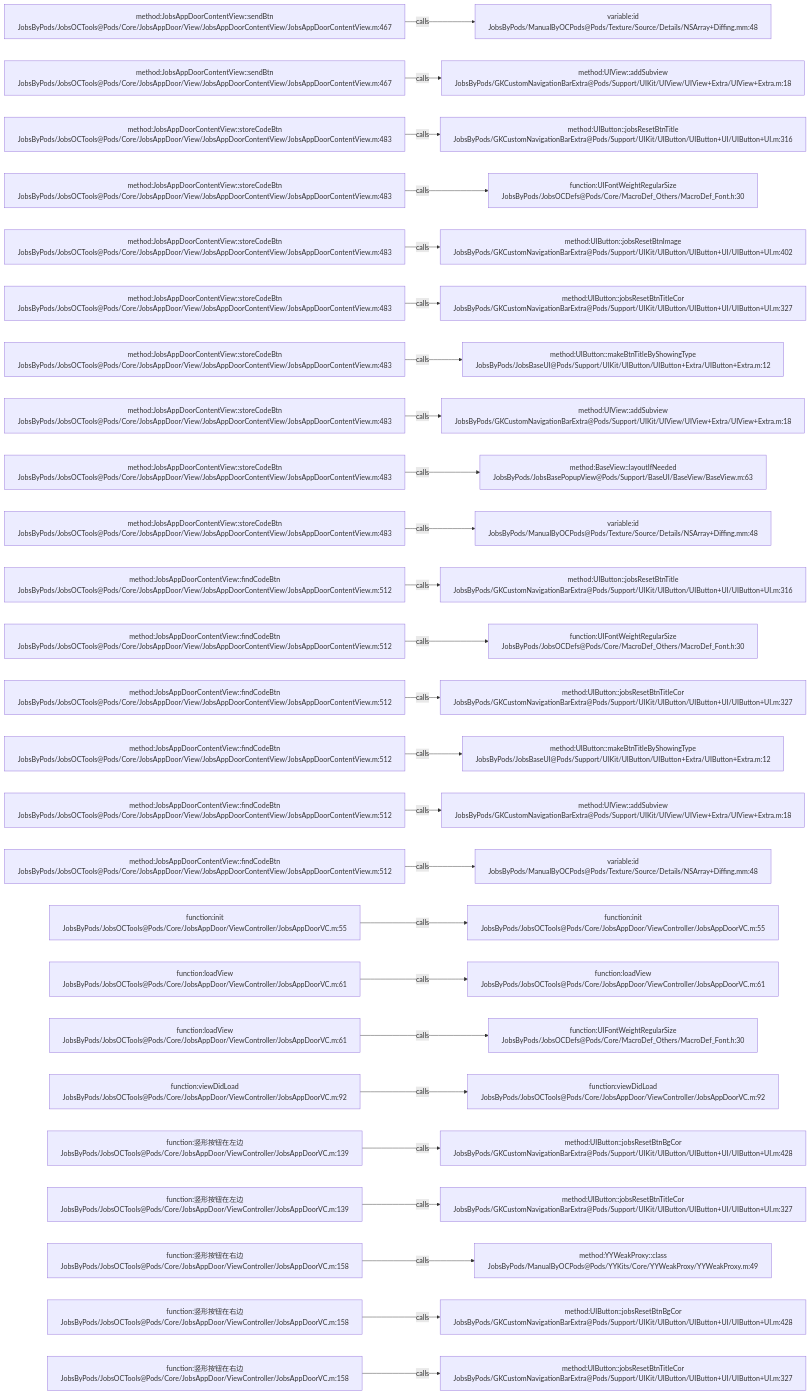
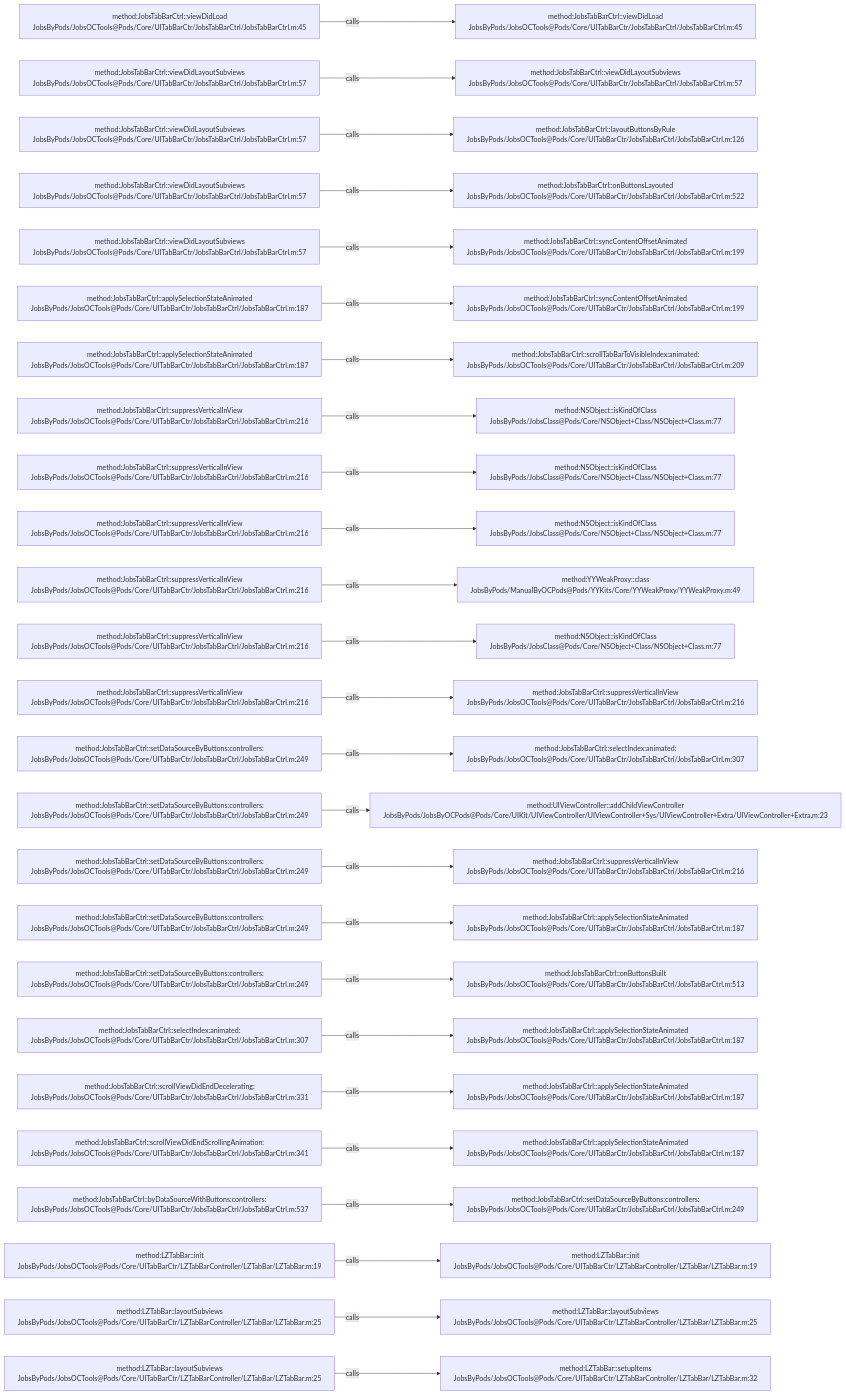
Before and after one commit to JobsKits/JobsOCBaseConfigDemo: the diagram in .codegraph/codegraph.md/graphs/calls-150.md, drawn with Mermaid. The commit also changed 639 other files, not shown here.

````diff
--- a/.codegraph/codegraph.md/graphs/calls-150.md
+++ b/.codegraph/codegraph.md/graphs/calls-150.md
@@ -13,78 +13,78 @@
 ```mermaid
 flowchart LR
-  S1["method:JobsAppDoorContentView::sendBtn<br/>JobsByPods/JobsOCTools@Pods/Core/JobsAppDoor/View/JobsAppDoorContentView/JobsAppDoorContentView.m:467"]
-  T1["variable:id<br/>JobsByPods/ManualByOCPods@Pods/Texture/Source/Details/NSArray+Diffing.mm:48"]
+  S1["method:JobsTabBarCtrl::viewDidLoad<br/>JobsByPods/JobsOCTools@Pods/Core/UITabBarCtr/JobsTabBarCtrl/JobsTabBarCtrl.m:45"]
+  T1["method:JobsTabBarCtrl::viewDidLoad<br/>JobsByPods/JobsOCTools@Pods/Core/UITabBarCtr/JobsTabBarCtrl/JobsTabBarCtrl.m:45"]
   S1 -->|calls| T1
-  S2["method:JobsAppDoorContentView::sendBtn<br/>JobsByPods/JobsOCTools@Pods/Core/JobsAppDoor/View/JobsAppDoorContentView/JobsAppDoorContentView.m:467"]
-  T2["method:UIView::addSubview<br/>JobsByPods/GKCustomNavigationBarExtra@Pods/Support/UIKit/UIView/UIView+Extra/UIView+Extra.m:18"]
+  S2["method:JobsTabBarCtrl::viewDidLayoutSubviews<br/>JobsByPods/JobsOCTools@Pods/Core/UITabBarCtr/JobsTabBarCtrl/JobsTabBarCtrl.m:57"]
+  T2["method:JobsTabBarCtrl::viewDidLayoutSubviews<br/>JobsByPods/JobsOCTools@Pods/Core/UITabBarCtr/JobsTabBarCtrl/JobsTabBarCtrl.m:57"]
   S2 -->|calls| T2
-  S3["method:JobsAppDoorContentView::storeCodeBtn<br/>JobsByPods/JobsOCTools@Pods/Core/JobsAppDoor/View/JobsAppDoorContentView/JobsAppDoorContentView.m:483"]
-  T3["method:UIButton::jobsResetBtnTitle<br/>JobsByPods/GKCustomNavigationBarExtra@Pods/Support/UIKit/UIButton/UIButton+UI/UIButton+UI.m:316"]
+  S3["method:JobsTabBarCtrl::viewDidLayoutSubviews<br/>JobsByPods/JobsOCTools@Pods/Core/UITabBarCtr/JobsTabBarCtrl/JobsTabBarCtrl.m:57"]
+  T3["method:JobsTabBarCtrl::layoutButtonsByRule<br/>JobsByPods/JobsOCTools@Pods/Core/UITabBarCtr/JobsTabBarCtrl/JobsTabBarCtrl.m:126"]
   S3 -->|calls| T3
-  S4["method:JobsAppDoorContentView::storeCodeBtn<br/>JobsByPods/JobsOCTools@Pods/Core/JobsAppDoor/View/JobsAppDoorContentView/JobsAppDoorContentView.m:483"]
-  T4["function:UIFontWeightRegularSize<br/>JobsByPods/JobsOCDefs@Pods/Core/MacroDef_Others/MacroDef_Font.h:30"]
+  S4["method:JobsTabBarCtrl::viewDidLayoutSubviews<br/>JobsByPods/JobsOCTools@Pods/Core/UITabBarCtr/JobsTabBarCtrl/JobsTabBarCtrl.m:57"]
+  T4["method:JobsTabBarCtrl::onButtonsLayouted<br/>JobsByPods/JobsOCTools@Pods/Core/UITabBarCtr/JobsTabBarCtrl/JobsTabBarCtrl.m:522"]
   S4 -->|calls| T4
-  S5["method:JobsAppDoorContentView::storeCodeBtn<br/>JobsByPods/JobsOCTools@Pods/Core/JobsAppDoor/View/JobsAppDoorContentView/JobsAppDoorContentView.m:483"]
-  T5["method:UIButton::jobsResetBtnImage<br/>JobsByPods/GKCustomNavigationBarExtra@Pods/Support/UIKit/UIButton/UIButton+UI/UIButton+UI.m:402"]
+  S5["method:JobsTabBarCtrl::viewDidLayoutSubviews<br/>JobsByPods/JobsOCTools@Pods/Core/UITabBarCtr/JobsTabBarCtrl/JobsTabBarCtrl.m:57"]
+  T5["method:JobsTabBarCtrl::syncContentOffsetAnimated<br/>JobsByPods/JobsOCTools@Pods/Core/UITabBarCtr/JobsTabBarCtrl/JobsTabBarCtrl.m:199"]
   S5 -->|calls| T5
-  S6["method:JobsAppDoorContentView::storeCodeBtn<br/>JobsByPods/JobsOCTools@Pods/Core/JobsAppDoor/View/JobsAppDoorContentView/JobsAppDoorContentView.m:483"]
-  T6["method:UIButton::jobsResetBtnTitleCor<br/>JobsByPods/GKCustomNavigationBarExtra@Pods/Support/UIKit/UIButton/UIButton+UI/UIButton+UI.m:327"]
+  S6["method:JobsTabBarCtrl::applySelectionStateAnimated<br/>JobsByPods/JobsOCTools@Pods/Core/UITabBarCtr/JobsTabBarCtrl/JobsTabBarCtrl.m:187"]
+  T6["method:JobsTabBarCtrl::syncContentOffsetAnimated<br/>JobsByPods/JobsOCTools@Pods/Core/UITabBarCtr/JobsTabBarCtrl/JobsTabBarCtrl.m:199"]
   S6 -->|calls| T6
-  S7["method:JobsAppDoorContentView::storeCodeBtn<br/>JobsByPods/JobsOCTools@Pods/Core/JobsAppDoor/View/JobsAppDoorContentView/JobsAppDoorContentView.m:483"]
-  T7["method:UIButton::makeBtnTitleByShowingType<br/>JobsByPods/JobsBaseUI@Pods/Support/UIKit/UIButton/UIButton+Extra/UIButton+Extra.m:12"]
+  S7["method:JobsTabBarCtrl::applySelectionStateAnimated<br/>JobsByPods/JobsOCTools@Pods/Core/UITabBarCtr/JobsTabBarCtrl/JobsTabBarCtrl.m:187"]
+  T7["method:JobsTabBarCtrl::scrollTabBarToVisibleIndex:animated:<br/>JobsByPods/JobsOCTools@Pods/Core/UITabBarCtr/JobsTabBarCtrl/JobsTabBarCtrl.m:209"]
   S7 -->|calls| T7
-  S8["method:JobsAppDoorContentView::storeCodeBtn<br/>JobsByPods/JobsOCTools@Pods/Core/JobsAppDoor/View/JobsAppDoorContentView/JobsAppDoorContentView.m:483"]
-  T8["method:UIView::addSubview<br/>JobsByPods/GKCustomNavigationBarExtra@Pods/Support/UIKit/UIView/UIView+Extra/UIView+Extra.m:18"]
+  S8["method:JobsTabBarCtrl::suppressVerticalInView<br/>JobsByPods/JobsOCTools@Pods/Core/UITabBarCtr/JobsTabBarCtrl/JobsTabBarCtrl.m:216"]
+  T8["method:NSObject::isKindOfClass<br/>JobsByPods/JobsClass@Pods/Core/NSObject+Class/NSObject+Class.m:77"]
   S8 -->|calls| T8
-  S9["method:JobsAppDoorContentView::storeCodeBtn<br/>JobsByPods/JobsOCTools@Pods/Core/JobsAppDoor/View/JobsAppDoorContentView/JobsAppDoorContentView.m:483"]
-  T9["method:BaseView::layoutIfNeeded<br/>JobsByPods/JobsBasePopupView@Pods/Support/BaseUI/BaseView/BaseView.m:63"]
+  S9["method:JobsTabBarCtrl::suppressVerticalInView<br/>JobsByPods/JobsOCTools@Pods/Core/UITabBarCtr/JobsTabBarCtrl/JobsTabBarCtrl.m:216"]
+  T9["method:NSObject::isKindOfClass<br/>JobsByPods/JobsClass@Pods/Core/NSObject+Class/NSObject+Class.m:77"]
   S9 -->|calls| T9
-  S10["method:JobsAppDoorContentView::storeCodeBtn<br/>JobsByPods/JobsOCTools@Pods/Core/JobsAppDoor/View/JobsAppDoorContentView/JobsAppDoorContentView.m:483"]
-  T10["variable:id<br/>JobsByPods/ManualByOCPods@Pods/Texture/Source/Details/NSArray+Diffing.mm:48"]
+  S10["method:JobsTabBarCtrl::suppressVerticalInView<br/>JobsByPods/JobsOCTools@Pods/Core/UITabBarCtr/JobsTabBarCtrl/JobsTabBarCtrl.m:216"]
+  T10["method:NSObject::isKindOfClass<br/>JobsByPods/JobsClass@Pods/Core/NSObject+Class/NSObject+Class.m:77"]
   S10 -->|calls| T10
-  S11["method:JobsAppDoorContentView::findCodeBtn<br/>JobsByPods/JobsOCTools@Pods/Core/JobsAppDoor/View/JobsAppDoorContentView/JobsAppDoorContentView.m:512"]
-  T11["method:UIButton::jobsResetBtnTitle<br/>JobsByPods/GKCustomNavigationBarExtra@Pods/Support/UIKit/UIButton/UIButton+UI/UIButton+UI.m:316"]
+  S11["method:JobsTabBarCtrl::suppressVerticalInView<br/>JobsByPods/JobsOCTools@Pods/Core/UITabBarCtr/JobsTabBarCtrl/JobsTabBarCtrl.m:216"]
+  T11["method:YYWeakProxy::class<br/>JobsByPods/ManualByOCPods@Pods/YYKits/Core/YYWeakProxy/YYWeakProxy.m:49"]
   S11 -->|calls| T11
-  S12["method:JobsAppDoorContentView::findCodeBtn<br/>JobsByPods/JobsOCTools@Pods/Core/JobsAppDoor/View/JobsAppDoorContentView/JobsAppDoorContentView.m:512"]
-  T12["function:UIFontWeightRegularSize<br/>JobsByPods/JobsOCDefs@Pods/Core/MacroDef_Others/MacroDef_Font.h:30"]
+  S12["method:JobsTabBarCtrl::suppressVerticalInView<br/>JobsByPods/JobsOCTools@Pods/Core/UITabBarCtr/JobsTabBarCtrl/JobsTabBarCtrl.m:216"]
+  T12["method:NSObject::isKindOfClass<br/>JobsByPods/JobsClass@Pods/Core/NSObject+Class/NSObject+Class.m:77"]
   S12 -->|calls| T12
-  S13["method:JobsAppDoorContentView::findCodeBtn<br/>JobsByPods/JobsOCTools@Pods/Core/JobsAppDoor/View/JobsAppDoorContentView/JobsAppDoorContentView.m:512"]
-  T13["method:UIButton::jobsResetBtnTitleCor<br/>JobsByPods/GKCustomNavigationBarExtra@Pods/Support/UIKit/UIButton/UIButton+UI/UIButton+UI.m:327"]
+  S13["method:JobsTabBarCtrl::suppressVerticalInView<br/>JobsByPods/JobsOCTools@Pods/Core/UITabBarCtr/JobsTabBarCtrl/JobsTabBarCtrl.m:216"]
+  T13["method:JobsTabBarCtrl::suppressVerticalInView<br/>JobsByPods/JobsOCTools@Pods/Core/UITabBarCtr/JobsTabBarCtrl/JobsTabBarCtrl.m:216"]
   S13 -->|calls| T13
-  S14["method:JobsAppDoorContentView::findCodeBtn<br/>JobsByPods/JobsOCTools@Pods/Core/JobsAppDoor/View/JobsAppDoorContentView/JobsAppDoorContentView.m:512"]
-  T14["method:UIButton::makeBtnTitleByShowingType<br/>JobsByPods/JobsBaseUI@Pods/Support/UIKit/UIButton/UIButton+Extra/UIButton+Extra.m:12"]
+  S14["method:JobsTabBarCtrl::setDataSourceByButtons:controllers:<br/>JobsByPods/JobsOCTools@Pods/Core/UITabBarCtr/JobsTabBarCtrl/JobsTabBarCtrl.m:249"]
+  T14["method:JobsTabBarCtrl::selectIndex:animated:<br/>JobsByPods/JobsOCTools@Pods/Core/UITabBarCtr/JobsTabBarCtrl/JobsTabBarCtrl.m:307"]
   S14 -->|calls| T14
-  S15["method:JobsAppDoorContentView::findCodeBtn<br/>JobsByPods/JobsOCTools@Pods/Core/JobsAppDoor/View/JobsAppDoorContentView/JobsAppDoorContentView.m:512"]
-  T15["method:UIView::addSubview<br/>JobsByPods/GKCustomNavigationBarExtra@Pods/Support/UIKit/UIView/UIView+Extra/UIView+Extra.m:18"]
+  S15["method:JobsTabBarCtrl::setDataSourceByButtons:controllers:<br/>JobsByPods/JobsOCTools@Pods/Core/UITabBarCtr/JobsTabBarCtrl/JobsTabBarCtrl.m:249"]
+  T15["method:UIViewController::addChildViewController<br/>JobsByPods/JobsByOCPods@Pods/Core/UIKit/UIViewController/UIViewController+Sys/UIViewController+Extra/UIViewController+Extra.m:23"]
   S15 -->|calls| T15
-  S16["method:JobsAppDoorContentView::findCodeBtn<br/>JobsByPods/JobsOCTools@Pods/Core/JobsAppDoor/View/JobsAppDoorContentView/JobsAppDoorContentView.m:512"]
-  T16["variable:id<br/>JobsByPods/ManualByOCPods@Pods/Texture/Source/Details/NSArray+Diffing.mm:48"]
+  S16["method:JobsTabBarCtrl::setDataSourceByButtons:controllers:<br/>JobsByPods/JobsOCTools@Pods/Core/UITabBarCtr/JobsTabBarCtrl/JobsTabBarCtrl.m:249"]
+  T16["method:JobsTabBarCtrl::suppressVerticalInView<br/>JobsByPods/JobsOCTools@Pods/Core/UITabBarCtr/JobsTabBarCtrl/JobsTabBarCtrl.m:216"]
   S16 -->|calls| T16
-  S17["function:init<br/>JobsByPods/JobsOCTools@Pods/Core/JobsAppDoor/ViewController/JobsAppDoorVC.m:55"]
-  T17["function:init<br/>JobsByPods/JobsOCTools@Pods/Core/JobsAppDoor/ViewController/JobsAppDoorVC.m:55"]
+  S17["method:JobsTabBarCtrl::setDataSourceByButtons:controllers:<br/>JobsByPods/JobsOCTools@Pods/Core/UITabBarCtr/JobsTabBarCtrl/JobsTabBarCtrl.m:249"]
+  T17["method:JobsTabBarCtrl::applySelectionStateAnimated<br/>JobsByPods/JobsOCTools@Pods/Core/UITabBarCtr/JobsTabBarCtrl/JobsTabBarCtrl.m:187"]
   S17 -->|calls| T17
-  S18["function:loadView<br/>JobsByPods/JobsOCTools@Pods/Core/JobsAppDoor/ViewController/JobsAppDoorVC.m:61"]
-  T18["function:loadView<br/>JobsByPods/JobsOCTools@Pods/Core/JobsAppDoor/ViewController/JobsAppDoorVC.m:61"]
+  S18["method:JobsTabBarCtrl::setDataSourceByButtons:controllers:<br/>JobsByPods/JobsOCTools@Pods/Core/UITabBarCtr/JobsTabBarCtrl/JobsTabBarCtrl.m:249"]
+  T18["method:JobsTabBarCtrl::onButtonsBuilt<br/>JobsByPods/JobsOCTools@Pods/Core/UITabBarCtr/JobsTabBarCtrl/JobsTabBarCtrl.m:513"]
   S18 -->|calls| T18
-  S19["function:loadView<br/>JobsByPods/JobsOCTools@Pods/Core/JobsAppDoor/ViewController/JobsAppDoorVC.m:61"]
-  T19["function:UIFontWeightRegularSize<br/>JobsByPods/JobsOCDefs@Pods/Core/MacroDef_Others/MacroDef_Font.h:30"]
+  S19["method:JobsTabBarCtrl::selectIndex:animated:<br/>JobsByPods/JobsOCTools@Pods/Core/UITabBarCtr/JobsTabBarCtrl/JobsTabBarCtrl.m:307"]
+  T19["method:JobsTabBarCtrl::applySelectionStateAnimated<br/>JobsByPods/JobsOCTools@Pods/Core/UITabBarCtr/JobsTabBarCtrl/JobsTabBarCtrl.m:187"]
   S19 -->|calls| T19
-  S20["function:viewDidLoad<br/>JobsByPods/JobsOCTools@Pods/Core/JobsAppDoor/ViewController/JobsAppDoorVC.m:92"]
-  T20["function:viewDidLoad<br/>JobsByPods/JobsOCTools@Pods/Core/JobsAppDoor/ViewController/JobsAppDoorVC.m:92"]
+  S20["method:JobsTabBarCtrl::scrollViewDidEndDecelerating:<br/>JobsByPods/JobsOCTools@Pods/Core/UITabBarCtr/JobsTabBarCtrl/JobsTabBarCtrl.m:331"]
+  T20["method:JobsTabBarCtrl::applySelectionStateAnimated<br/>JobsByPods/JobsOCTools@Pods/Core/UITabBarCtr/JobsTabBarCtrl/JobsTabBarCtrl.m:187"]
   S20 -->|calls| T20
-  S21["function:竖形按钮在左边<br/>JobsByPods/JobsOCTools@Pods/Core/JobsAppDoor/ViewController/JobsAppDoorVC.m:139"]
-  T21["method:UIButton::jobsResetBtnBgCor<br/>JobsByPods/GKCustomNavigationBarExtra@Pods/Support/UIKit/UIButton/UIButton+UI/UIButton+UI.m:428"]
+  S21["method:JobsTabBarCtrl::scrollViewDidEndScrollingAnimation:<br/>JobsByPods/JobsOCTools@Pods/Core/UITabBarCtr/JobsTabBarCtrl/JobsTabBarCtrl.m:341"]
+  T21["method:JobsTabBarCtrl::applySelectionStateAnimated<br/>JobsByPods/JobsOCTools@Pods/Core/UITabBarCtr/JobsTabBarCtrl/JobsTabBarCtrl.m:187"]
   S21 -->|calls| T21
-  S22["function:竖形按钮在左边<br/>JobsByPods/JobsOCTools@Pods/Core/JobsAppDoor/ViewController/JobsAppDoorVC.m:139"]
-  T22["method:UIButton::jobsResetBtnTitleCor<br/>JobsByPods/GKCustomNavigationBarExtra@Pods/Support/UIKit/UIButton/UIButton+UI/UIButton+UI.m:327"]
+  S22["method:JobsTabBarCtrl::byDataSourceWithButtons:controllers:<br/>JobsByPods/JobsOCTools@Pods/Core/UITabBarCtr/JobsTabBarCtrl/JobsTabBarCtrl.m:537"]
+  T22["method:JobsTabBarCtrl::setDataSourceByButtons:controllers:<br/>JobsByPods/JobsOCTools@Pods/Core/UITabBarCtr/JobsTabBarCtrl/JobsTabBarCtrl.m:249"]
   S22 -->|calls| T22
-  S23["function:竖形按钮在右边<br/>JobsByPods/JobsOCTools@Pods/Core/JobsAppDoor/ViewController/JobsAppDoorVC.m:158"]
-  T23["method:YYWeakProxy::class<br/>JobsByPods/ManualByOCPods@Pods/YYKits/Core/YYWeakProxy/YYWeakProxy.m:49"]
+  S23["method:LZTabBar::init<br/>JobsByPods/JobsOCTools@Pods/Core/UITabBarCtr/LZTabBarController/LZTabBar/LZTabBar.m:19"]
+  T23["method:LZTabBar::init<br/>JobsByPods/JobsOCTools@Pods/Core/UITabBarCtr/LZTabBarController/LZTabBar/LZTabBar.m:19"]
   S23 -->|calls| T23
-  S24["function:竖形按钮在右边<br/>JobsByPods/JobsOCTools@Pods/Core/JobsAppDoor/ViewController/JobsAppDoorVC.m:158"]
-  T24["method:UIButton::jobsResetBtnBgCor<br/>JobsByPods/GKCustomNavigationBarExtra@Pods/Support/UIKit/UIButton/UIButton+UI/UIButton+UI.m:428"]
+  S24["method:LZTabBar::layoutSubviews<br/>JobsByPods/JobsOCTools@Pods/Core/UITabBarCtr/LZTabBarController/LZTabBar/LZTabBar.m:25"]
+  T24["method:LZTabBar::layoutSubviews<br/>JobsByPods/JobsOCTools@Pods/Core/UITabBarCtr/LZTabBarController/LZTabBar/LZTabBar.m:25"]
   S24 -->|calls| T24
-  S25["function:竖形按钮在右边<br/>JobsByPods/JobsOCTools@Pods/Core/JobsAppDoor/ViewController/JobsAppDoorVC.m:158"]
-  T25["method:UIButton::jobsResetBtnTitleCor<br/>JobsByPods/GKCustomNavigationBarExtra@Pods/Support/UIKit/UIButton/UIButton+UI/UIButton+UI.m:327"]
+  S25["method:LZTabBar::layoutSubviews<br/>JobsByPods/JobsOCTools@Pods/Core/UITabBarCtr/LZTabBarController/LZTabBar/LZTabBar.m:25"]
+  T25["method:LZTabBar::setupItems<br/>JobsByPods/JobsOCTools@Pods/Core/UITabBarCtr/LZTabBarController/LZTabBar/LZTabBar.m:32"]
   S25 -->|calls| T25
 ```
````
